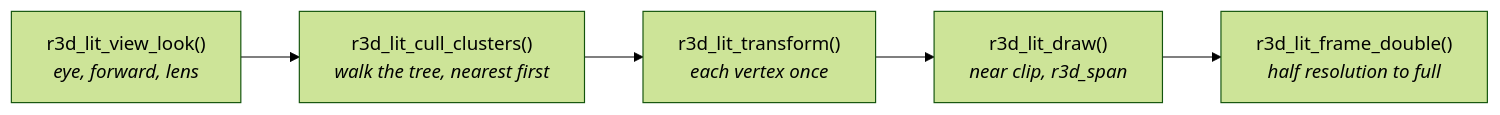
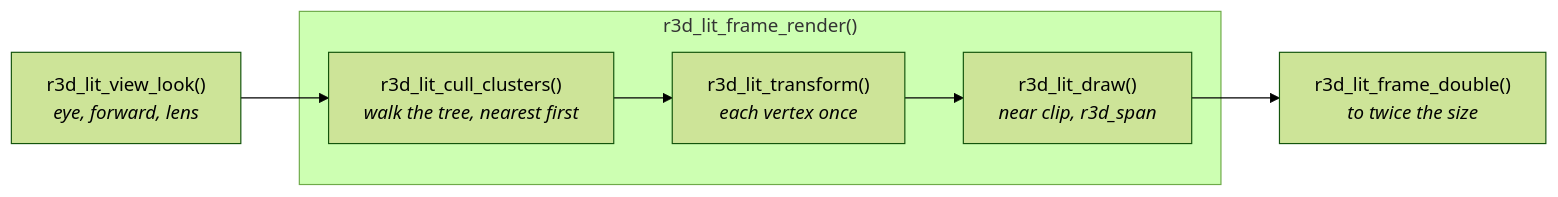
One commit to jose-villegas/autana changed the first of 2 diagrams in docs/Mesh-Rendering.md. Above: the diagram before and after it, drawn with Mermaid (forest theme). The commit also changed other lines of this file and 3 other files, not shown here.

First line of the commit message:
docs: render/ sits beside gfx/; r3d_lit_frame.c holds the float-only rule it states

````diff
--- a/docs/Mesh-Rendering.md
+++ b/docs/Mesh-Rendering.md
@@ -39,7 +40,9 @@
 ```mermaid
 flowchart LR
-    View["r3d_lit_view_look()<br/><i>eye, forward, lens</i>"] --> Cull["r3d_lit_cull_clusters()<br/><i>walk the tree, nearest first</i>"]
-    Cull --> Transform["r3d_lit_transform()<br/><i>each vertex once</i>"]
-    Transform --> Draw["r3d_lit_draw()<br/><i>near clip, r3d_span</i>"]
-    Draw --> Double["r3d_lit_frame_double()<br/><i>half resolution to full</i>"]
+    View["r3d_lit_view_look()<br/><i>eye, forward, lens</i>"] --> Cull
+    subgraph Render["r3d_lit_frame_render()"]
+        Cull["r3d_lit_cull_clusters()<br/><i>walk the tree, nearest first</i>"] --> Transform["r3d_lit_transform()<br/><i>each vertex once</i>"]
+        Transform --> Draw["r3d_lit_draw()<br/><i>near clip, r3d_span</i>"]
+    end
+    Draw --> Double["r3d_lit_frame_double()<br/><i>to twice the size</i>"]
 ```
````
